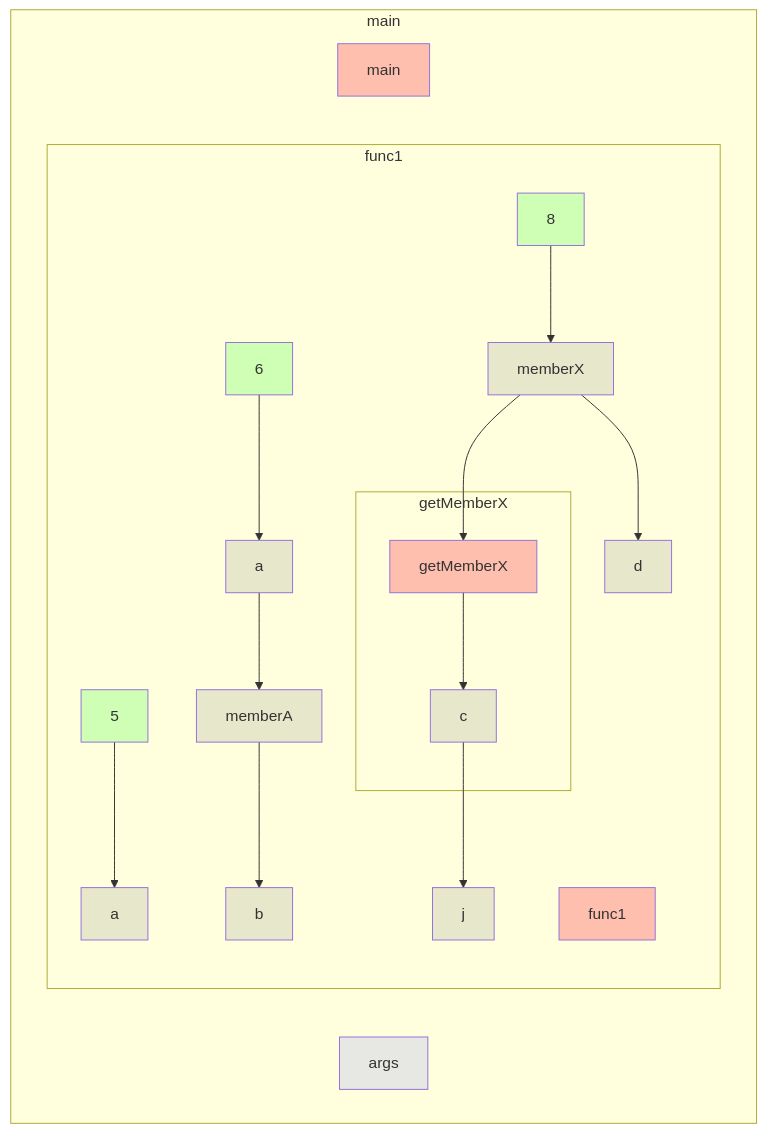
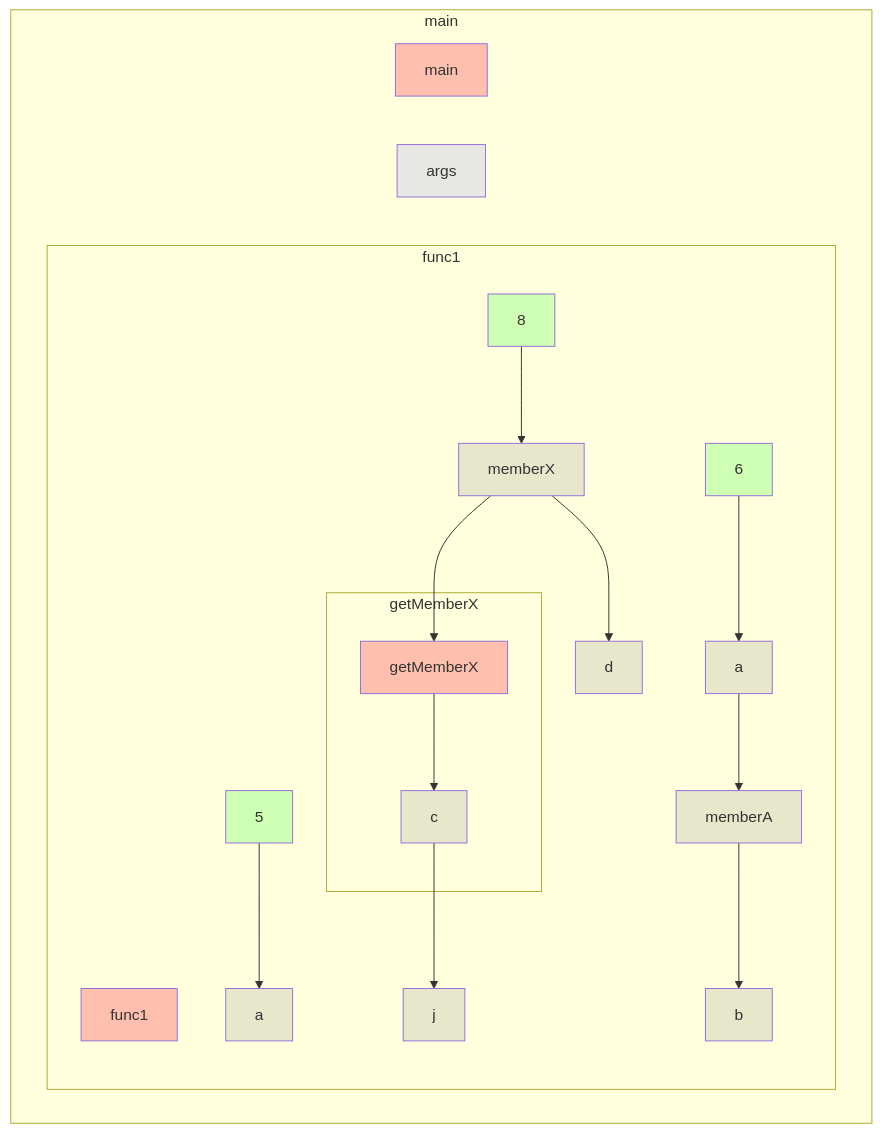
Before and after one commit to gstiebler/codeflow: the diagram in app/src/test/resources/member/truth.md, drawn with Mermaid. The commit also changed 2 other files, not shown here.

Commit message:
fixed tests

````diff
--- a/app/src/test/resources/member/truth.md
+++ b/app/src/test/resources/member/truth.md
@@ -1,37 +1,37 @@
 ```mermaid
 flowchart TD
   subgraph 4309014["main"]
     56853577[main]:::RETURN
-    2153970218[args]:::FUNC_PARAM
-    subgraph 1148283940["func1"]
-      495249639[a]:::VARIABLE
-      2102928777[5]:::LITERAL
-      2102928830[6]:::LITERAL
-      2102929694[b]:::VARIABLE
-      2102929947[8]:::LITERAL
-      2102931543[c]:::VARIABLE
-      2102931747[d]:::VARIABLE
-      2102932591[j]:::VARIABLE
-      2157737779[func1]:::RETURN
-      16626235853[memberA]:::VARIABLE
-      16626236244[memberX]:::VARIABLE
-      495249639[a]:::VARIABLE --> 16626235853[memberA]:::VARIABLE
-      2102928777[5]:::LITERAL --> 2102929496[a]:::VARIABLE
-      2102928830[6]:::LITERAL --> 495249639[a]:::VARIABLE
-      2102929947[8]:::LITERAL --> 16626236244[memberX]:::VARIABLE
-      2102931543[c]:::VARIABLE --> 2102932591[j]:::VARIABLE
-      16626235853[memberA]:::VARIABLE --> 2102929694[b]:::VARIABLE
-      16626236244[memberX]:::VARIABLE --> 34252865251[getMemberX]:::RETURN
-      16626236244[memberX]:::VARIABLE --> 2102931747[d]:::VARIABLE
-      subgraph 1148389501["getMemberX"]
-        34252865251[getMemberX]:::RETURN
-        34252865251[getMemberX]:::RETURN --> 2102931543[c]:::VARIABLE
+    546291172[args]:::FUNC_PARAM
+    subgraph 1150435712["func1"]
+      -1330406687[5]:::LITERAL
+      -1330406634[6]:::LITERAL
+      -1330405770[b]:::VARIABLE
+      -1330405517[8]:::LITERAL
+      -1330403921[c]:::VARIABLE
+      -1330403717[d]:::VARIABLE
+      -1330402873[j]:::VARIABLE
+      495307795[a]:::VARIABLE
+      2157795935[func1]:::RETURN
+      16626294009[memberA]:::VARIABLE
+      16626294400[memberX]:::VARIABLE
+      -1330406687[5]:::LITERAL --> -1330405968[a]:::VARIABLE
+      -1330406634[6]:::LITERAL --> 495307795[a]:::VARIABLE
+      -1330405517[8]:::LITERAL --> 16626294400[memberX]:::VARIABLE
+      -1330403921[c]:::VARIABLE --> -1330402873[j]:::VARIABLE
+      495307795[a]:::VARIABLE --> 16626294009[memberA]:::VARIABLE
+      16626294009[memberA]:::VARIABLE --> -1330405770[b]:::VARIABLE
+      16626294400[memberX]:::VARIABLE --> 32427208833[getMemberX]:::RETURN
+      16626294400[memberX]:::VARIABLE --> -1330403717[d]:::VARIABLE
+      subgraph -1976388525["getMemberX"]
+        32427208833[getMemberX]:::RETURN
+        32427208833[getMemberX]:::RETURN --> -1330403921[c]:::VARIABLE
       end
     end
   end
   classDef LITERAL fill:#00FF0030
   classDef VARIABLE fill:#80808030
   classDef BIN_OP fill:#80808080
   classDef FUNC_PARAM fill:#8080FF30
   classDef RETURN fill:#FF808080
 ```
````
